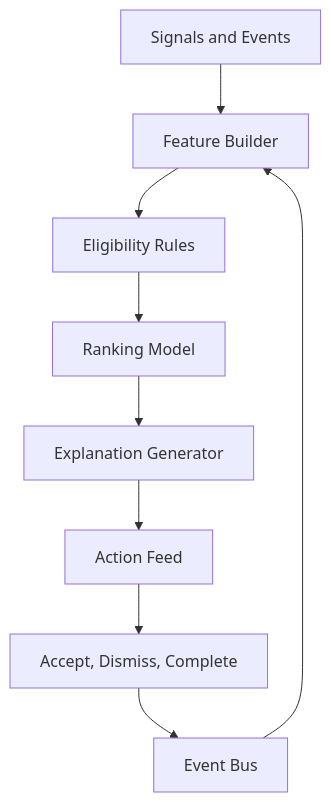
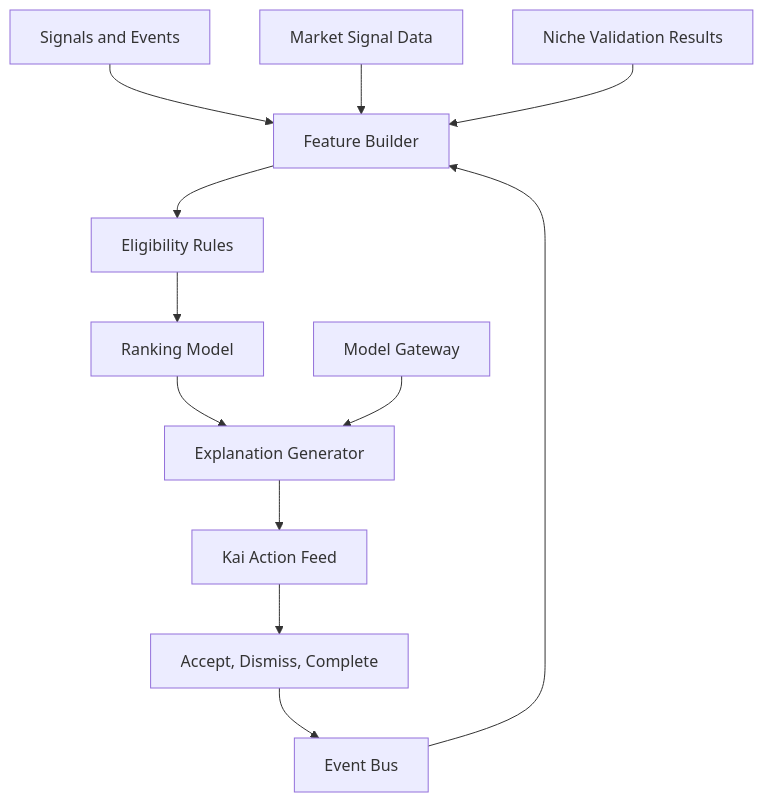
The diagram in docs/RECOMMENDATION_ENGINE.md (Mirzzie/Fadi), drawn with Mermaid before and after one commit. The commit also changed other lines of this file and 65 other files, not shown here.

First line of the commit message:
docs: update architecture docs for Better Auth, Kai, and data sources

````diff
--- a/docs/RECOMMENDATION_ENGINE.md
+++ b/docs/RECOMMENDATION_ENGINE.md
@@ -22,11 +25,14 @@
 ```mermaid
 flowchart TD
     Signals[Signals and Events] --> Features[Feature Builder]
+    MarketData[Market Signal Data] --> Features
+    NicheValidation[Niche Validation Results] --> Features
     Features --> Rules[Eligibility Rules]
     Rules --> Ranker[Ranking Model]
     Ranker --> Explainer[Explanation Generator]
-    Explainer --> Feed[Action Feed]
+    Gateway[Model Gateway] --> Explainer
+    Explainer --> Feed[Kai Action Feed]
     Feed --> Feedback[Accept, Dismiss, Complete]
     Feedback --> Events[Event Bus]
     Events --> Features
 ```
````
